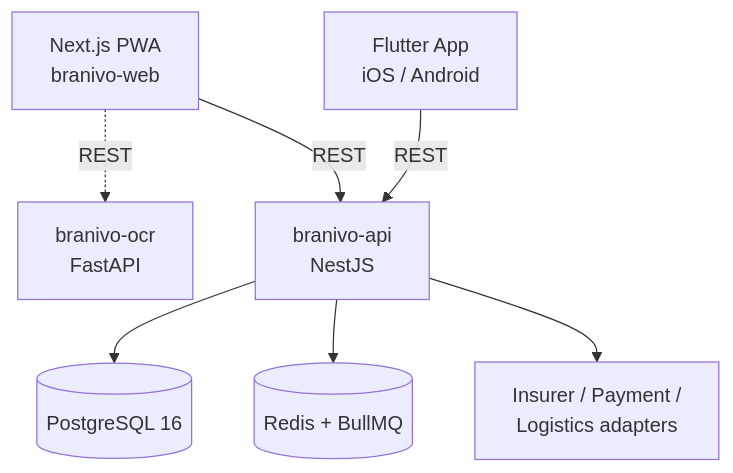
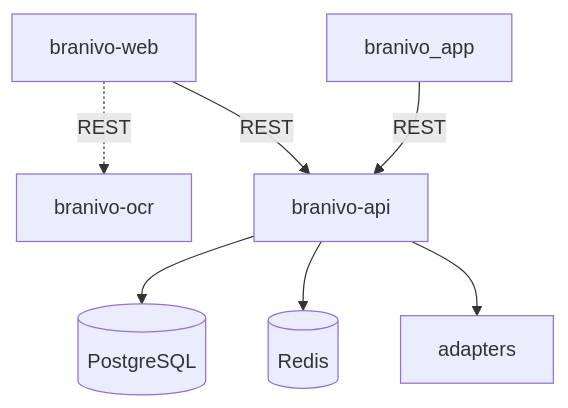
The diagram in README.md (dgrigorov/Branivo), drawn with Mermaid before and after one commit. The commit also changed other lines of this file, not shown here.

Commit message:
docs: single-line node labels in architecture diagram
Multi-line <br/> labels were still clipping on GitHub's renderer even
after shortening. Dropped to single-line node names and moved the
descriptions into a table below the diagram.

````diff
--- a/README.md
+++ b/README.md
@@ -21,17 +21,17 @@
 ```mermaid
 flowchart TB
-    WEB["Next.js PWA<br/>branivo-web"]
-    APP["Flutter App<br/>iOS / Android"]
-    OCR["branivo-ocr<br/>FastAPI"]
-    API["branivo-api<br/>NestJS"]
-    PG[("PostgreSQL 16")]
-    REDIS[("Redis + BullMQ")]
-    EXT["Insurer / Payment /<br/>Logistics adapters"]
+    WEB["branivo-web"]
+    APP["branivo_app"]
+    OCR["branivo-ocr"]
+    API["branivo-api"]
+    PG[("PostgreSQL")]
+    REDIS[("Redis")]
+    EXT["adapters"]
 
     WEB -- REST --> API
     APP -- REST --> API
     WEB -. REST .-> OCR
     API --> PG
     API --> REDIS
     API --> EXT
 ```
````
